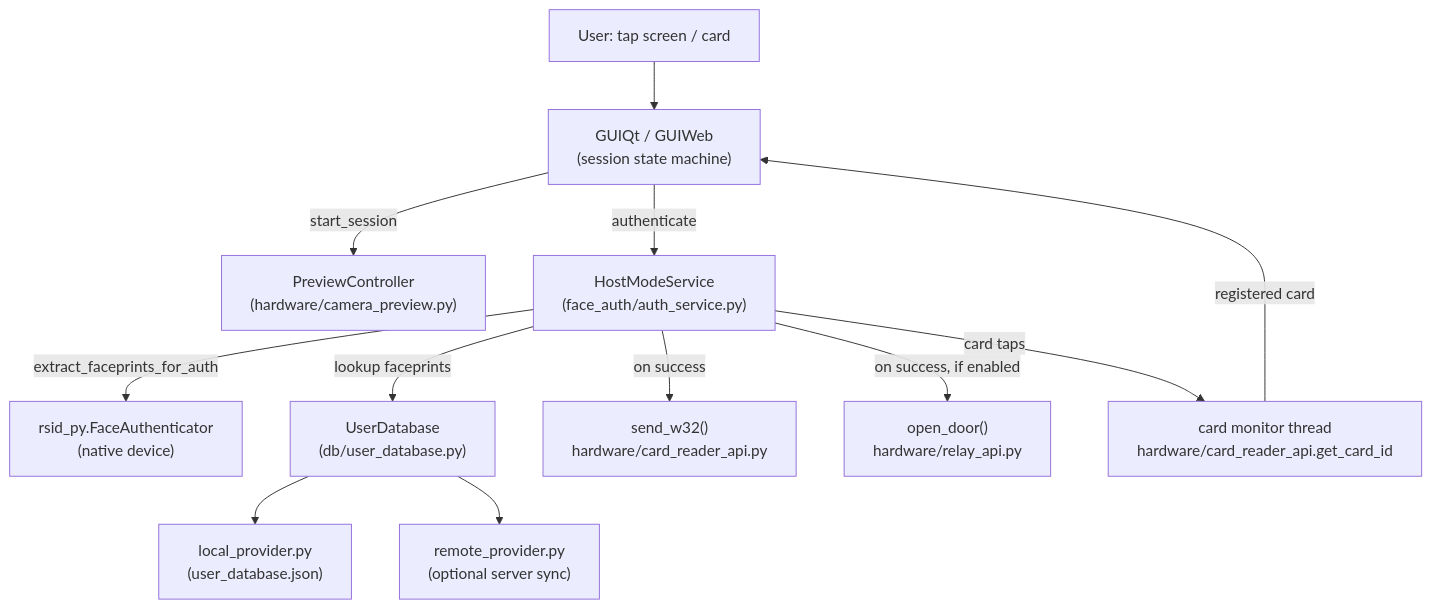
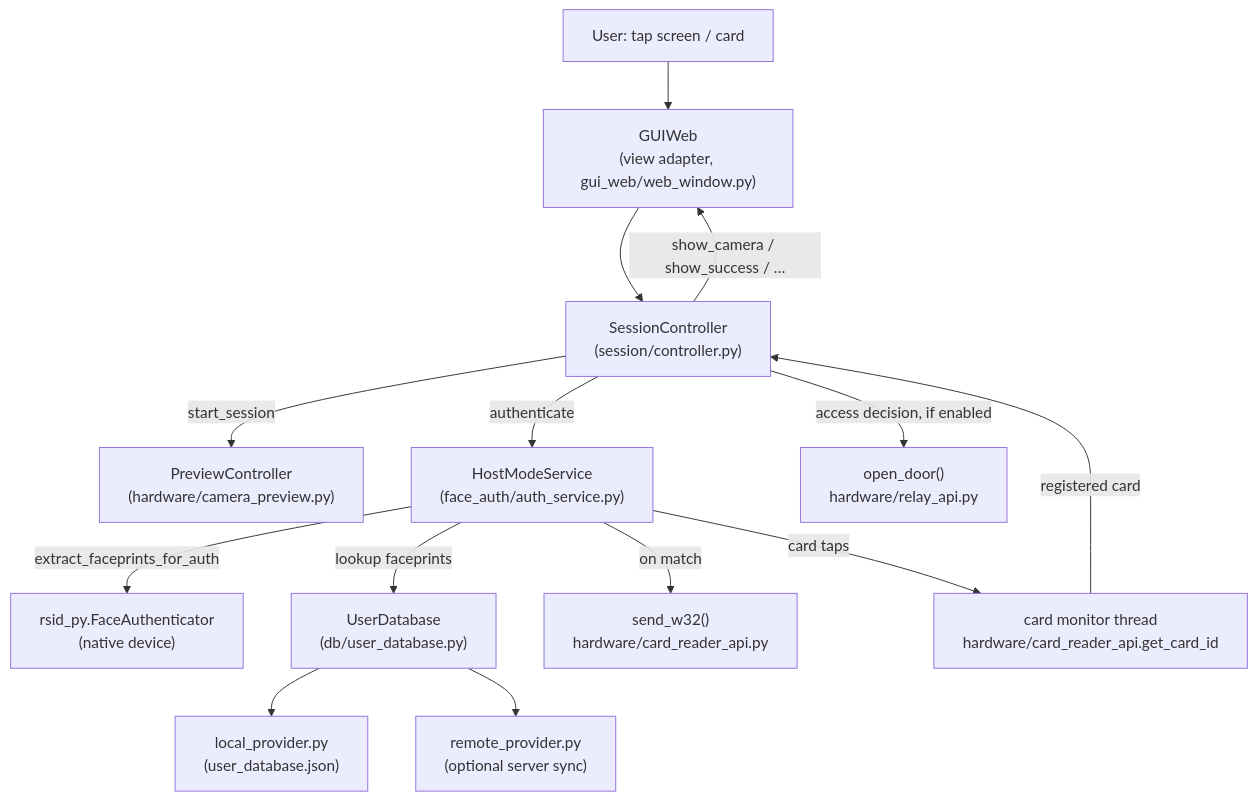
Before and after one commit to gekakud/RSID_Face_Guard: the second of 2 diagrams in docs/ARCHITECTURE.md, drawn with Mermaid. The commit also changed other lines of this file and 15 other files, not shown here.

Commit message:
srs adjustments to web gui

````diff
--- a/docs/ARCHITECTURE.md
+++ b/docs/ARCHITECTURE.md
@@ -214,14 +235,16 @@
 ```mermaid
 flowchart TD
-    U["User: tap screen / card"] --> GUI["GUIQt / GUIWeb\n(session state machine)"]
-    GUI -->|start_session| PC["PreviewController\n(hardware/camera_preview.py)"]
-    GUI -->|authenticate| HMS["HostModeService\n(face_auth/auth_service.py)"]
+    U["User: tap screen / card"] --> V["GUIWeb\n(view adapter, gui_web/web_window.py)"]
+    V --> SC["SessionController\n(session/controller.py)"]
+    SC -->|show_camera / show_success / …| V
+    SC -->|start_session| PC["PreviewController\n(hardware/camera_preview.py)"]
+    SC -->|authenticate| HMS["HostModeService\n(face_auth/auth_service.py)"]
     HMS -->|extract_faceprints_for_auth| RSID["rsid_py.FaceAuthenticator\n(native device)"]
     HMS -->|lookup faceprints| DB["UserDatabase\n(db/user_database.py)"]
     DB --> LP["local_provider.py\n(user_database.json)"]
     DB --> RP["remote_provider.py\n(optional server sync)"]
-    HMS -->|on success| WG["send_w32()\nhardware/card_reader_api.py"]
-    HMS -->|on success, if enabled| RL["open_door()\nhardware/relay_api.py"]
+    HMS -->|on match| WG["send_w32()\nhardware/card_reader_api.py"]
+    SC -->|"access decision, if enabled"| RL["open_door()\nhardware/relay_api.py"]
     HMS -->|card taps| CM["card monitor thread\nhardware/card_reader_api.get_card_id"]
-    CM -->|registered card| GUI
+    CM -->|registered card| SC
 ```
````
